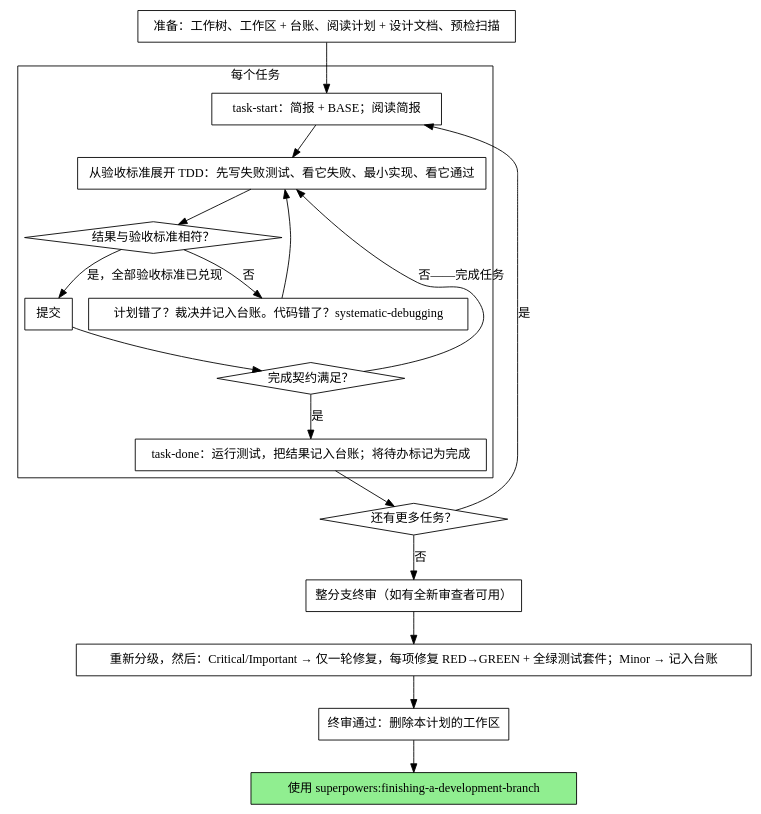
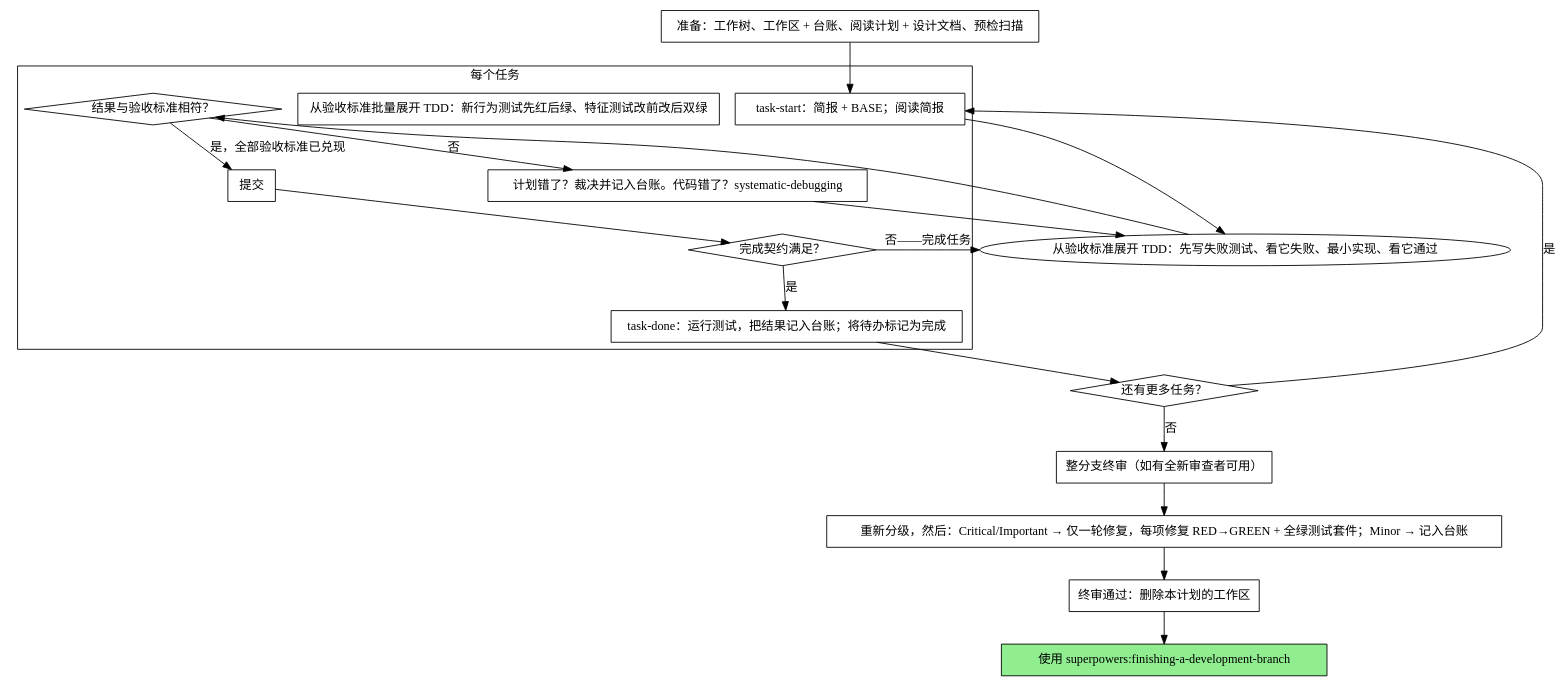
One commit to chuxiao/superpowers changed the diagram in skills/executing-plans/SKILL.md. Above: the diagram before and after it, drawn with Graphviz. The commit also changed other lines of this file and 6 other files, not shown here.

````diff
--- a/skills/executing-plans/SKILL.md
+++ b/skills/executing-plans/SKILL.md
@@ -34,39 +34,39 @@
 ```dot
 digraph process {
     rankdir=TB;
 
     subgraph cluster_per_task {
         label="每个任务";
         "task-start：简报 + BASE；阅读简报" [shape=box];
-        "从验收标准展开 TDD：先写失败测试、看它失败、最小实现、看它通过" [shape=box];
+        "从验收标准批量展开 TDD：新行为测试先红后绿、特征测试改前改后双绿" [shape=box];
         "结果与验收标准相符？" [shape=diamond];
         "计划错了？裁决并记入台账。代码错了？systematic-debugging" [shape=box];
         "提交" [shape=box];
         "完成契约满足？" [shape=diamond];
         "task-done：运行测试，把结果记入台账；将待办标记为完成" [shape=box];
     }
 
     "准备：工作树、工作区 + 台账、阅读计划 + 设计文档、预检扫描" [shape=box];
     "还有更多任务？" [shape=diamond];
     "整分支终审（如有全新审查者可用）" [shape=box];
     "重新分级，然后：Critical/Important → 仅一轮修复，每项修复 RED→GREEN + 全绿测试套件；Minor → 记入台账" [shape=box];
     "终审通过：删除本计划的工作区" [shape=box];
     "使用 superpowers:finishing-a-development-branch" [shape=box style=filled fillcolor=lightgreen];
 
     "准备：工作树、工作区 + 台账、阅读计划 + 设计文档、预检扫描" -> "task-start：简报 + BASE；阅读简报";
     "task-start：简报 + BASE；阅读简报" -> "从验收标准展开 TDD：先写失败测试、看它失败、最小实现、看它通过";
     "从验收标准展开 TDD：先写失败测试、看它失败、最小实现、看它通过" -> "结果与验收标准相符？";
     "结果与验收标准相符？" -> "计划错了？裁决并记入台账。代码错了？systematic-debugging" [label="否"];
     "计划错了？裁决并记入台账。代码错了？systematic-debugging" -> "从验收标准展开 TDD：先写失败测试、看它失败、最小实现、看它通过";
     "结果与验收标准相符？" -> "提交" [label="是，全部验收标准已兑现"];
     "提交" -> "完成契约满足？";
     "完成契约满足？" -> "从验收标准展开 TDD：先写失败测试、看它失败、最小实现、看它通过" [label="否——完成任务"];
     "完成契约满足？" -> "task-done：运行测试，把结果记入台账；将待办标记为完成" [label="是"];
     "task-done：运行测试，把结果记入台账；将待办标记为完成" -> "还有更多任务？";
     "还有更多任务？" -> "task-start：简报 + BASE；阅读简报" [label="是"];
     "还有更多任务？" -> "整分支终审（如有全新审查者可用）" [label="否"];
     "整分支终审（如有全新审查者可用）" -> "重新分级，然后：Critical/Important → 仅一轮修复，每项修复 RED→GREEN + 全绿测试套件；Minor → 记入台账";
     "重新分级，然后：Critical/Important → 仅一轮修复，每项修复 RED→GREEN + 全绿测试套件；Minor → 记入台账" -> "终审通过：删除本计划的工作区";
     "终审通过：删除本计划的工作区" -> "使用 superpowers:finishing-a-development-branch";
 }
 ```
````
